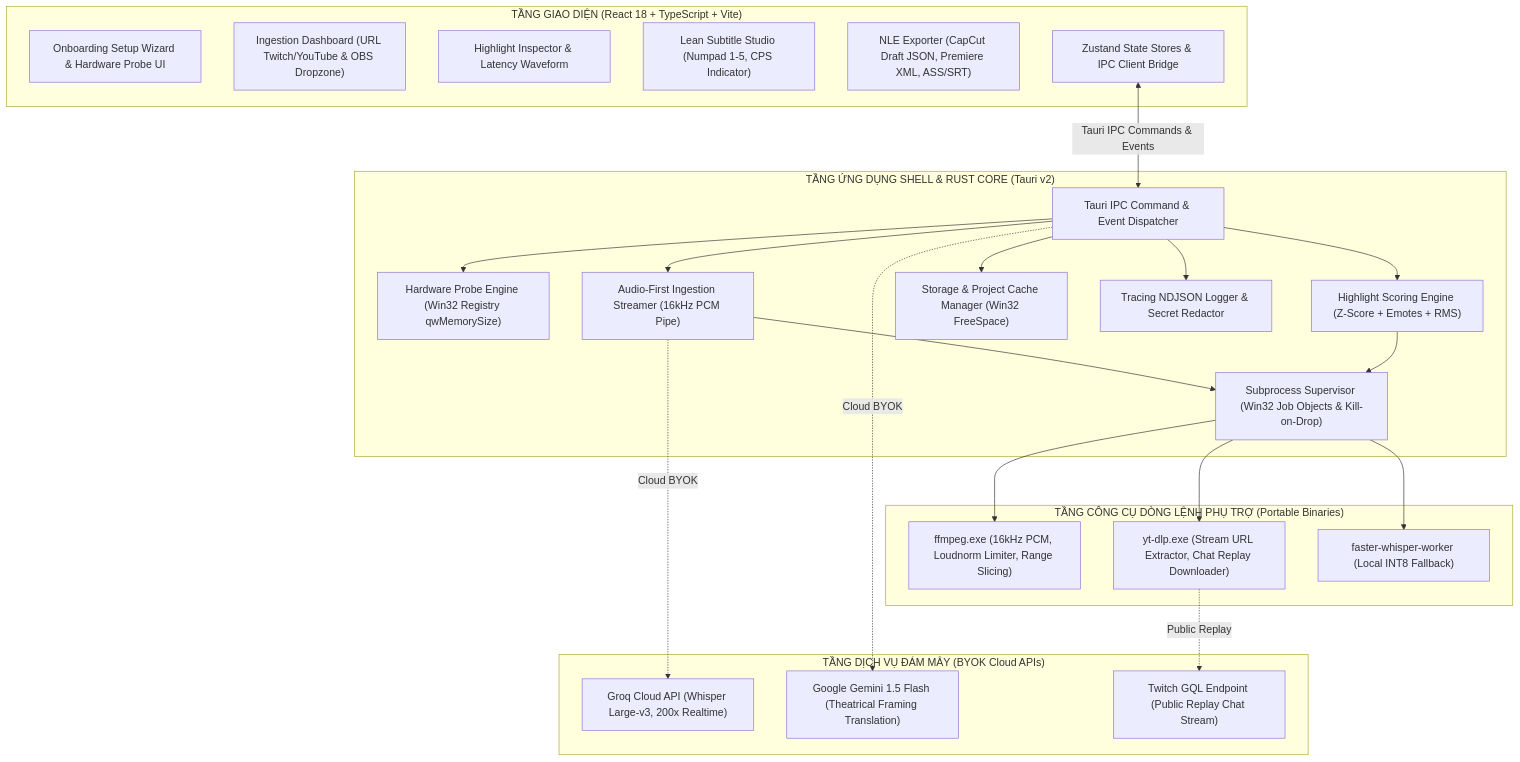
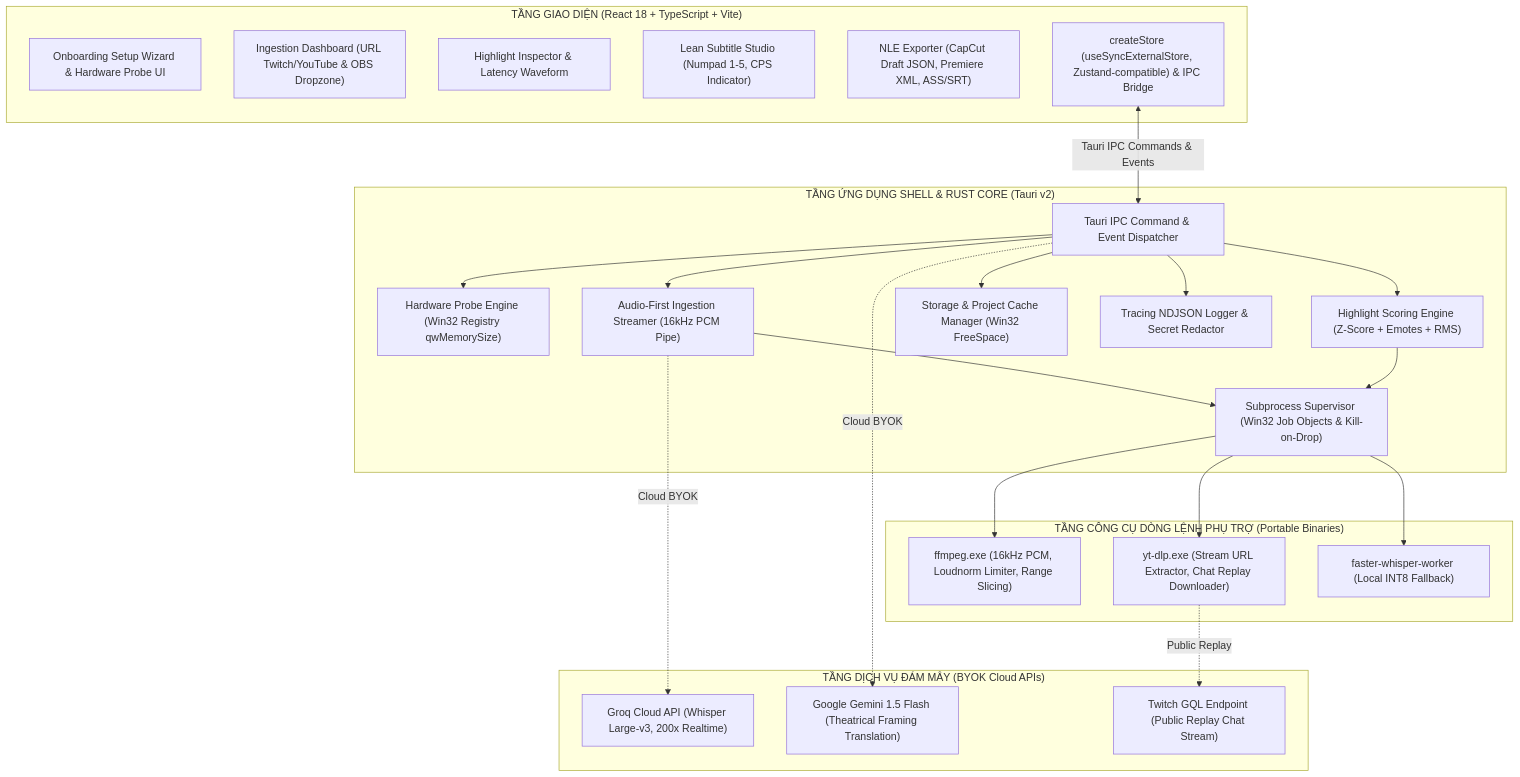
Before and after one commit to Nashidiwa/neuroclip: the second of 2 diagrams in README.md, drawn with Mermaid. The commit also changed other lines of this file and 6 other files, not shown here.

````diff
--- a/README.md
+++ b/README.md
@@ -187,50 +195,50 @@
 ```mermaid
 graph TD
     subgraph UI ["TẦNG GIAO DIỆN (React 18 + TypeScript + Vite)"]
         UI_Onboard["Onboarding Setup Wizard & Hardware Probe UI"]
         UI_Dash["Ingestion Dashboard (URL Twitch/YouTube & OBS Dropzone)"]
         UI_Highlight["Highlight Inspector & Latency Waveform"]
         UI_Studio["Lean Subtitle Studio (Numpad 1-5, CPS Indicator)"]
         UI_Export["NLE Exporter (CapCut Draft JSON, Premiere XML, ASS/SRT)"]
-        UI_Store["Zustand State Stores & IPC Client Bridge"]
+        UI_Store["createStore (useSyncExternalStore, Zustand-compatible) & IPC Bridge"]
     end
 
     subgraph TAURI ["TẦNG ỨNG DỤNG SHELL & RUST CORE (Tauri v2)"]
         IPC_Router["Tauri IPC Command & Event Dispatcher"]
         HW_Probe["Hardware Probe Engine (Win32 Registry qwMemorySize)"]
         Proc_Super["Subprocess Supervisor (Win32 Job Objects & Kill-on-Drop)"]
         HL_Engine["Highlight Scoring Engine (Z-Score + Emotes + RMS)"]
         Audio_Stream["Audio-First Ingestion Streamer (16kHz PCM Pipe)"]
         Storage_Mgr["Storage & Project Cache Manager (Win32 FreeSpace)"]
         Log_Subsys["Tracing NDJSON Logger & Secret Redactor"]
     end
 
     subgraph SIDECARS ["TẦNG CÔNG CỤ DÒNG LỆNH PHỤ TRỢ (Portable Binaries)"]
         SC_FFmpeg["ffmpeg.exe (16kHz PCM, Loudnorm Limiter, Range Slicing)"]
         SC_YtDlp["yt-dlp.exe (Stream URL Extractor, Chat Replay Downloader)"]
         SC_Whisper["faster-whisper-worker (Local INT8 Fallback)"]
     end
 
     subgraph CLOUD_AI ["TẦNG DỊCH VỤ ĐÁM MÂY (BYOK Cloud APIs)"]
         API_Groq["Groq Cloud API (Whisper Large-v3, 200x Realtime)"]
         API_Gemini["Google Gemini 1.5 Flash (Theatrical Framing Translation)"]
         API_Twitch["Twitch GQL Endpoint (Public Replay Chat Stream)"]
     end
 
     UI_Store <-->|Tauri IPC Commands & Events| IPC_Router
     IPC_Router --> HW_Probe
     IPC_Router --> Audio_Stream
     IPC_Router --> Storage_Mgr
     IPC_Router --> Log_Subsys
     IPC_Router --> HL_Engine
 
     Audio_Stream --> Proc_Super
     HL_Engine --> Proc_Super
     Proc_Super --> SC_FFmpeg
     Proc_Super --> SC_YtDlp
     Proc_Super --> SC_Whisper
 
     Audio_Stream -.->|Cloud BYOK| API_Groq
     IPC_Router -.->|Cloud BYOK| API_Gemini
     SC_YtDlp -.->|Public Replay| API_Twitch
 ```
````
